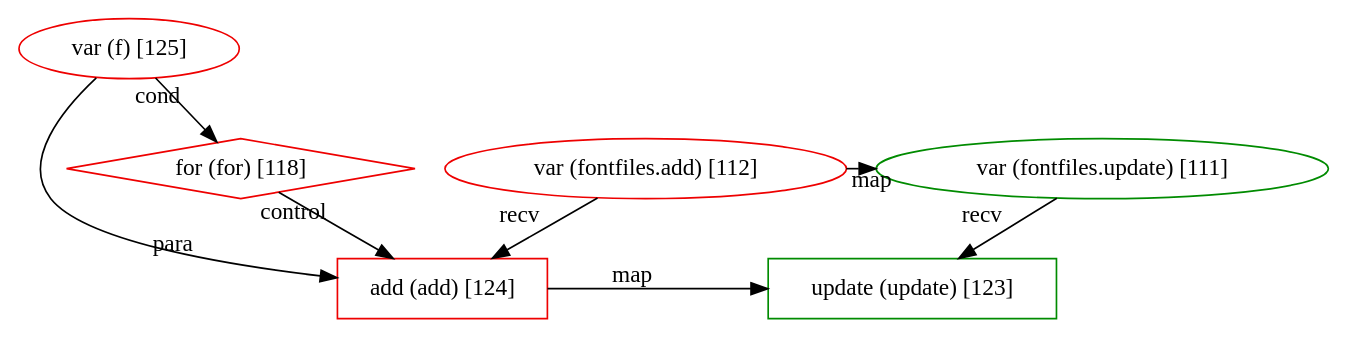
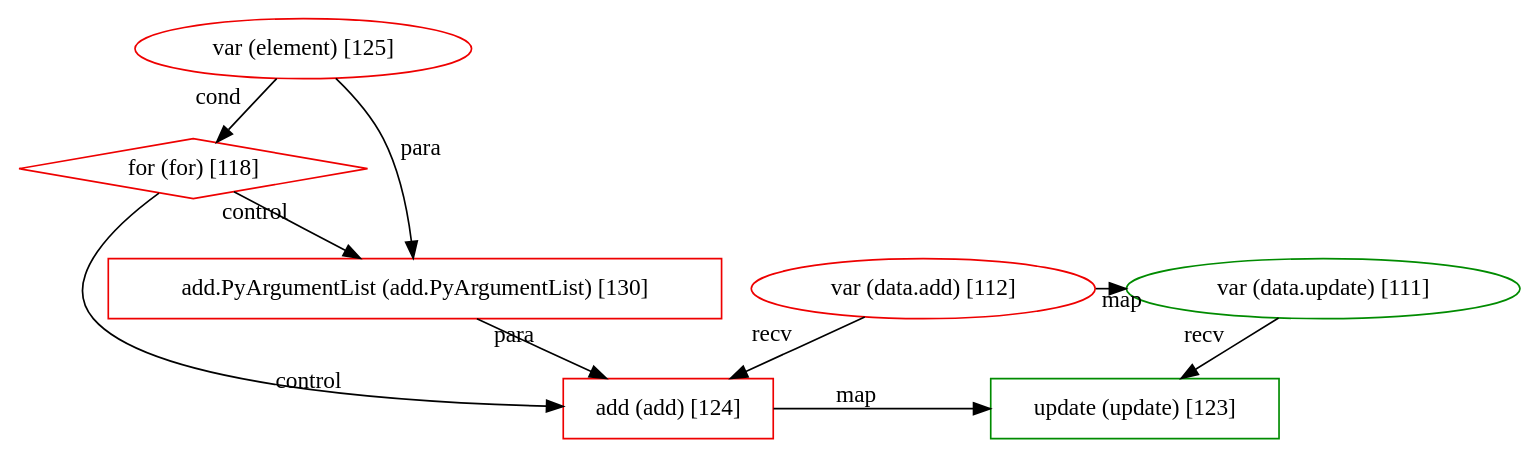
One commit to JetBrains-Research/revizor changed the diagram in src/main/resources/patterns/14/fragment-899.dot. Above: the diagram before and after it, drawn with Graphviz. The commit also changed 7 other files, not shown here.

Commit message:
Add 2 more patterns Fix bug with names replacing in Updates Add PyExpressionStatement visitor to graph builder Reformat code

```diff
--- a/src/main/resources/patterns/14/fragment-899.dot
+++ b/src/main/resources/patterns/14/fragment-899.dot
@@ -1,21 +1,24 @@
 digraph "fragment-899.dot" {
 	subgraph "subgraph: 124 to 123" {
 		graph [rank=same]
 		124 [label="add (add) [124]" color=red2 shape=box]
 		123 [label="update (update) [123]" color=green4 shape=box]
 	}
 	118 [label="for (for) [118]" color=red2 shape=diamond]
 	subgraph "subgraph: 111 to 112" {
 		graph [rank=same]
-		111 [label="var (fontfiles.update) [111]" color=green4 shape=ellipse]
-		112 [label="var (fontfiles.add) [112]" color=red2 shape=ellipse]
+		111 [label="var (data.update) [111]" color=green4 shape=ellipse]
+		112 [label="var (data.add) [112]" color=red2 shape=ellipse]
 	}
-	125 [label="var (f) [125]" color=red2 shape=ellipse]
+	125 [label="var (element) [125]" color=red2 shape=ellipse]
+	130 [label="add.PyArgumentList (add.PyArgumentList) [130]" color=red2 shape=box]
+	118 -> 130 [xlabel=control from_closure=null]
+	125 -> 130 [xlabel=para from_closure=null]
+	130 -> 124 [xlabel=para from_closure=null]
 	118 -> 124 [xlabel=control from_closure=False]
 	112 -> 124 [xlabel=recv from_closure=False]
-	125 -> 124 [xlabel=para from_closure=True]
 	111 -> 123 [xlabel=recv from_closure=False]
 	124 -> 123 [xlabel=map from_closure=False]
 	125 -> 118 [xlabel=cond from_closure=False]
 	112 -> 111 [xlabel=map from_closure=False]
 }
```
